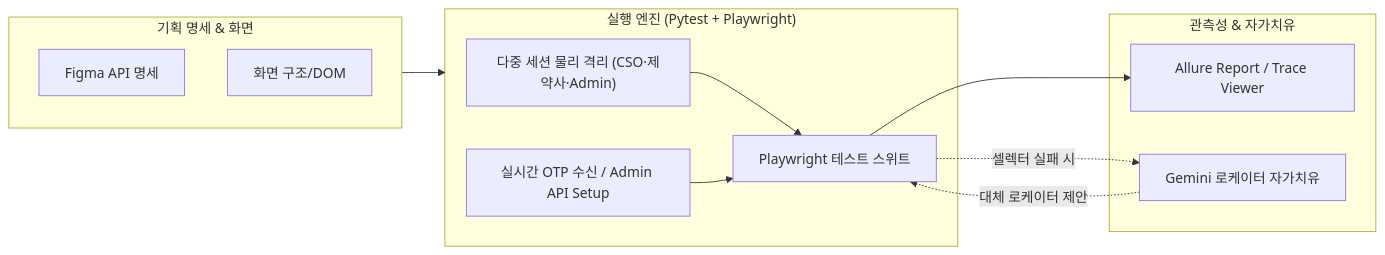
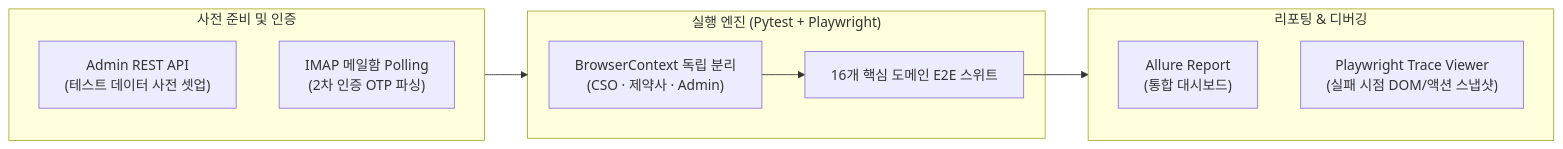
One commit to Chera-Kang/Parmple changed the diagram in readme.md. Above: the diagram before and after it, drawn with Mermaid. The commit also changed other lines of this file and 1 other file, not shown here.

Commit message:
fix: restore default test dir to testcase and refine framework architecture in readme

````diff
--- a/readme.md
+++ b/readme.md
@@ -35,25 +34,21 @@
 ```mermaid
 graph LR
-    subgraph Input["기획 명세 & 화면"]
-        Figma["Figma API 명세"]
-        DOM["화면 구조/DOM"]
+    subgraph Setup["사전 준비 및 인증"]
+        AdminAPI["Admin REST API<br>(테스트 데이터 사전 셋업)"]
+        OTP["IMAP 메일함 Polling<br>(2차 인증 OTP 파싱)"]
     end
 
     subgraph Runner["실행 엔진 (Pytest + Playwright)"]
-        Fixture["다중 세션 물리 격리 (CSO·제약사·Admin)"]
-        OTP["실시간 OTP 수신 / Admin API Setup"]
-        Core["Playwright 테스트 스위트"]
+        Fixture["BrowserContext 독립 분리<br>(CSO · 제약사 · Admin)"]
+        Core["16개 핵심 도메인 E2E 스위트"]
     end
 
-    subgraph Analysis["관측성 & 자가치유"]
-        Report["Allure Report / Trace Viewer"]
-        AI["Gemini 로케이터 자가치유"]
+    subgraph Observability["리포팅 & 디버깅"]
+        Allure["Allure Report<br>(통합 대시보드)"]
+        Trace["Playwright Trace Viewer<br>(실패 시점 DOM/액션 스냅샷)"]
     end
 
-    Input --> Runner
+    Setup --> Runner
     Fixture --> Core
-    OTP --> Core
-    Core --> Report
-    Core -.->|"셀렉터 실패 시"| AI
-    AI -.->|"대체 로케이터 제안"| Core
+    Core --> Observability
 ```
````
